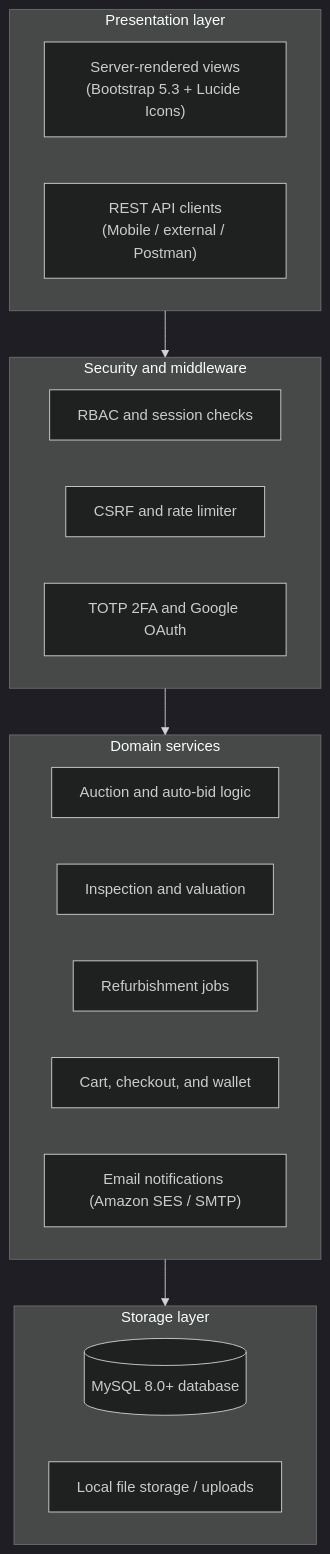
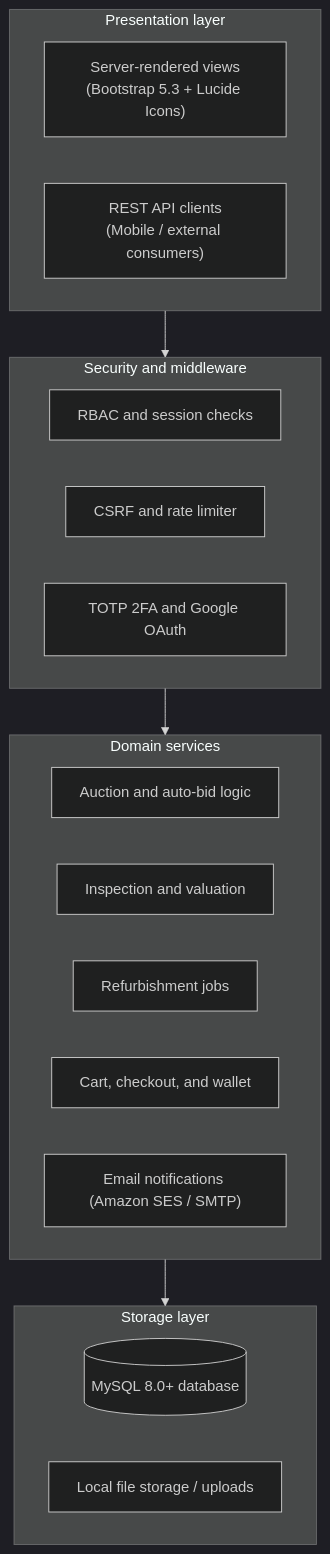
One commit to GaryPhuah/Swapify-Showcase changed the diagram in README.md. Above: the diagram before and after it, drawn with Mermaid (dark theme). The commit also changed other lines of this file, not shown here.

````diff
--- a/README.md
+++ b/README.md
@@ -112,30 +115,30 @@
 ```mermaid
 flowchart TD
     subgraph Clients["Presentation layer"]
         UI["Server-rendered views<br/>(Bootstrap 5.3 + Lucide Icons)"]
-        API_Client["REST API clients<br/>(Mobile / external / Postman)"]
+        API_Client["REST API clients<br/>(Mobile / external consumers)"]
     end
 
     subgraph Security["Security and middleware"]
         AuthMid["RBAC and session checks"]
         CSRF["CSRF and rate limiter"]
         TOTP["TOTP 2FA and Google OAuth"]
     end
 
     subgraph Core["Domain services"]
         AuctionEng["Auction and auto-bid logic"]
         InspectEng["Inspection and valuation"]
         RefurbEng["Refurbishment jobs"]
         MarketEng["Cart, checkout, and wallet"]
         NotifEng["Email notifications (Amazon SES / SMTP)"]
     end
 
     subgraph Data["Storage layer"]
         DB[(MySQL 8.0+ database)]
         Storage["Local file storage / uploads"]
     end
 
     Clients --> Security
     Security --> Core
     Core --> Data
 ```
````
